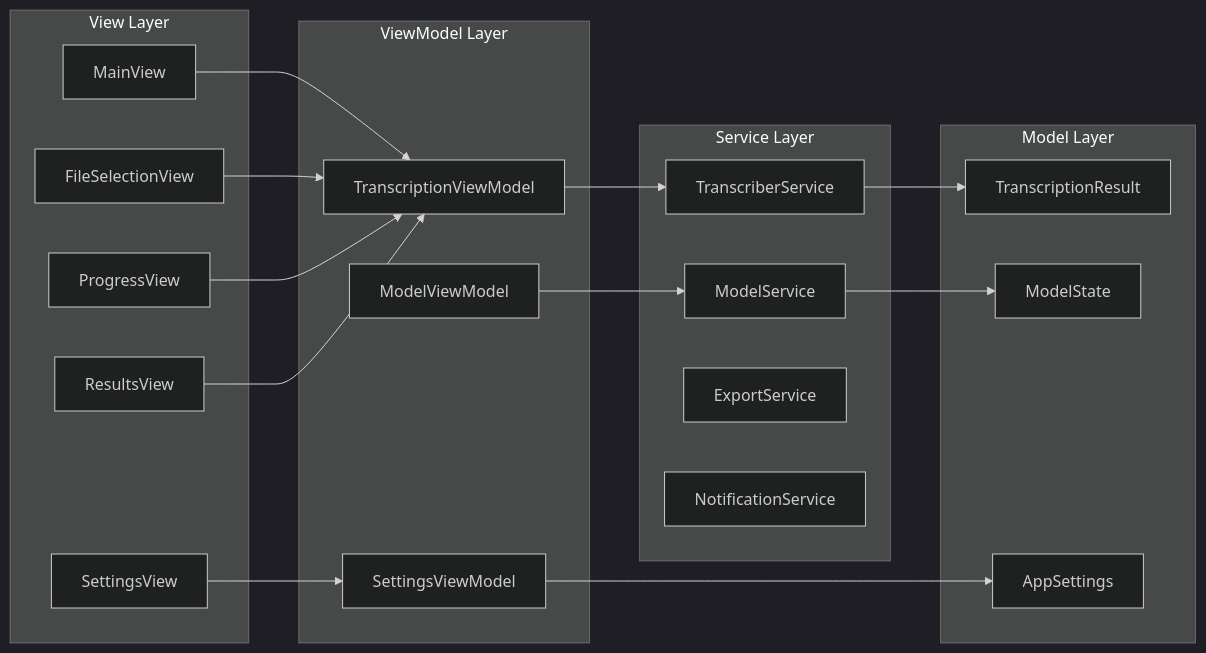
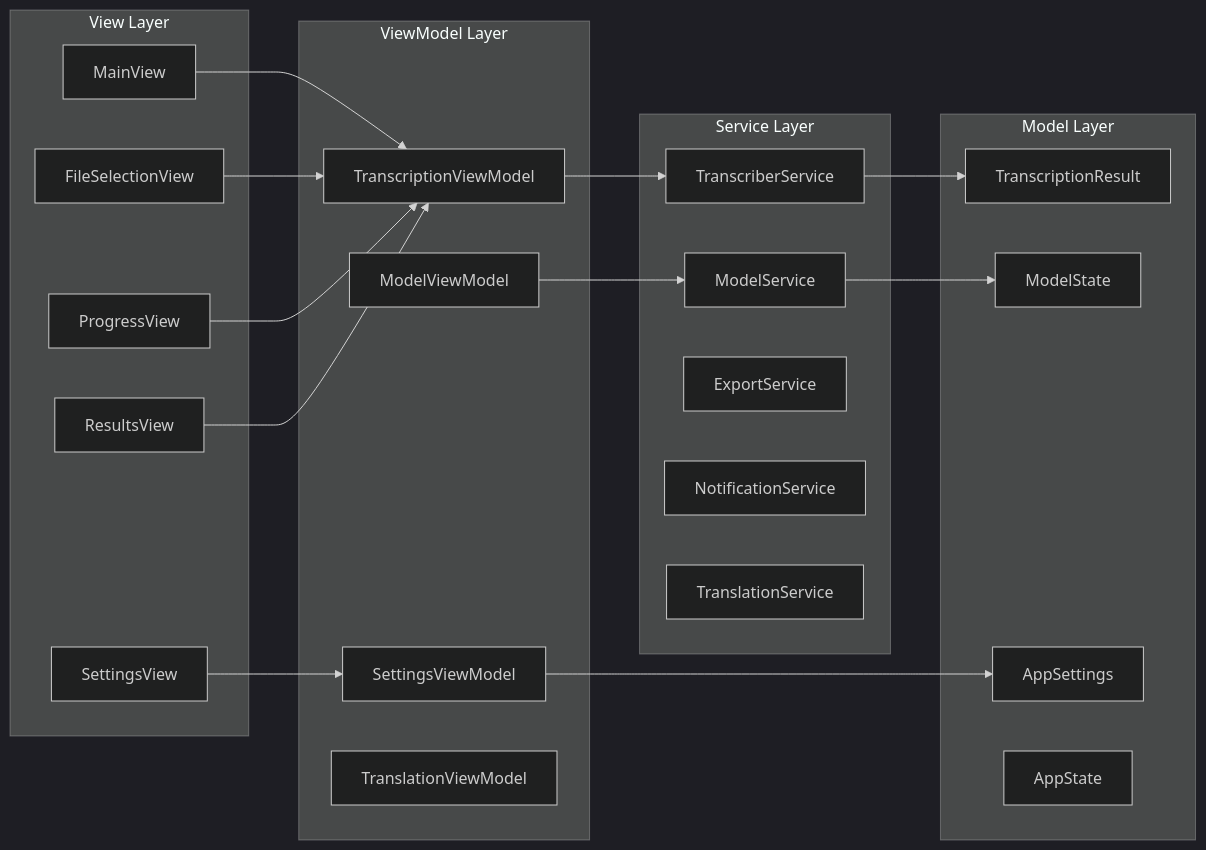
Before and after one commit to rodnoy/orangenoteGUI: the second of 3 diagrams in docs/ARCHITECTURE.md, drawn with Mermaid (dark theme). The commit also changed other lines of this file and 29 other files, not shown here.

````diff
--- a/docs/ARCHITECTURE.md
+++ b/docs/ARCHITECTURE.md
@@ -412,42 +412,45 @@
 ```mermaid
 graph LR
     subgraph View Layer
         MV[MainView]
         FV[FileSelectionView]
         SV[SettingsView]
         PV[ProgressView]
         RV[ResultsView]
     end
     
     subgraph ViewModel Layer
         TVM[TranscriptionViewModel]
         MVM[ModelViewModel]
         SVM[SettingsViewModel]
+        TRVM[TranslationViewModel]
     end
     
     subgraph Model Layer
         TR[TranscriptionResult]
         MS[ModelState]
         AS[AppSettings]
+        APS[AppState]
     end
     
     subgraph Service Layer
         TS[TranscriberService]
         MS2[ModelService]
         ES[ExportService]
         NS[NotificationService]
+        TRS[TranslationService]
     end
     
     MV --> TVM
     FV --> TVM
     SV --> SVM
     PV --> TVM
     RV --> TVM
     
     TVM --> TS
     MVM --> MS2
     
     TS --> TR
     MS2 --> MS
     SVM --> AS
 ```
````
